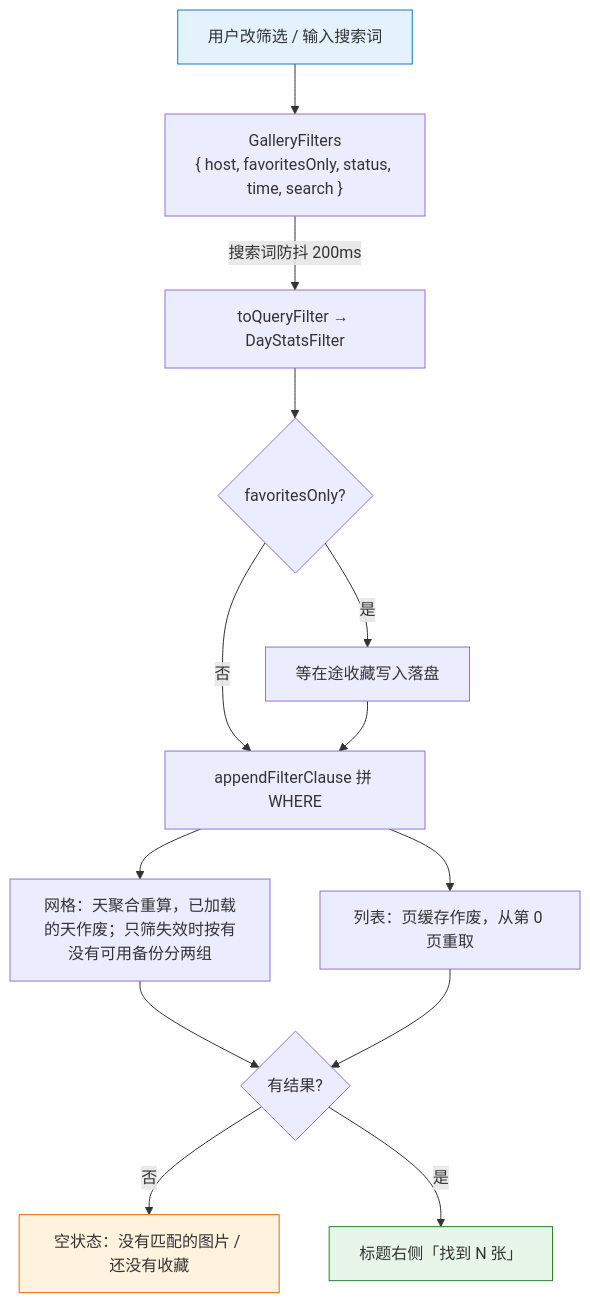
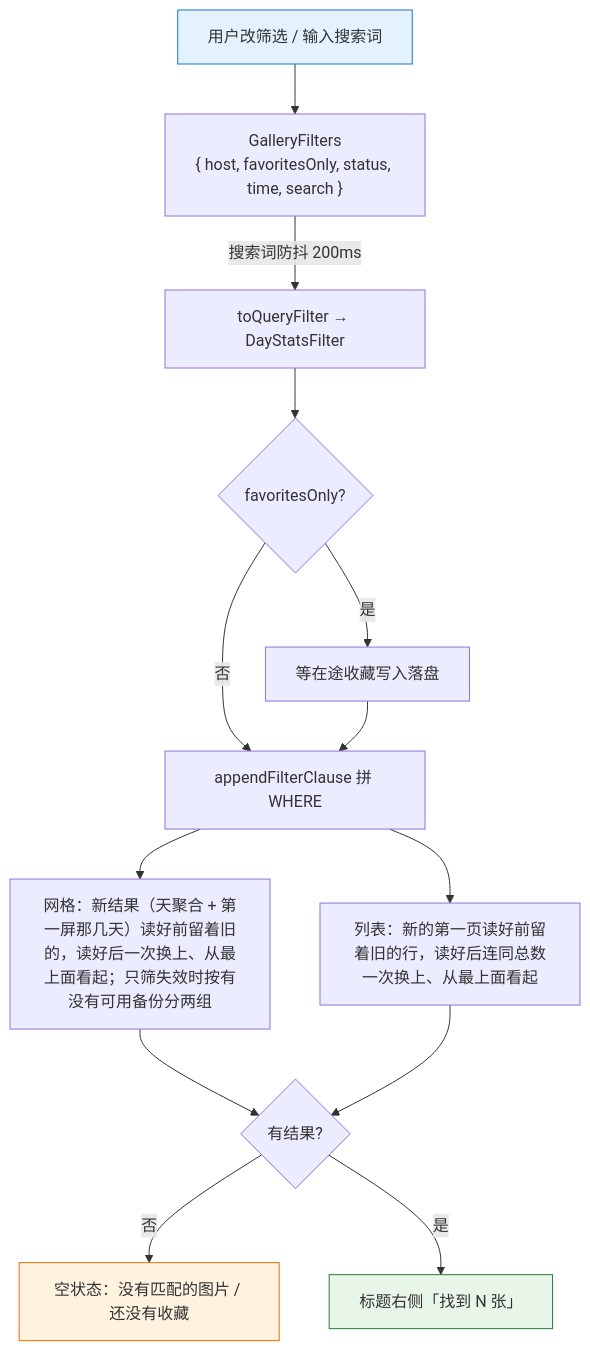
The second of 3 diagrams in docs/flows/history-flow.md (joeyliu6/PicNexus), drawn with Mermaid before and after one commit. The commit also changed other lines of this file and 24 other files, not shown here.

````diff
--- a/docs/flows/history-flow.md
+++ b/docs/flows/history-flow.md
@@ -63,18 +63,18 @@
 ```mermaid
 flowchart TD
     A[用户改筛选 / 输入搜索词] --> B["GalleryFilters\n{ host, favoritesOnly, status, time, search }"]
     B -- 搜索词防抖 200ms --> C["toQueryFilter → DayStatsFilter"]
     C --> D{favoritesOnly?}
     D -- 是 --> D1[等在途收藏写入落盘]
     D -- 否 --> E
     D1 --> E["appendFilterClause 拼 WHERE"]
-    E --> F1[网格：天聚合重算，已加载的天作废；只筛失效时按有没有可用备份分两组]
-    E --> F2[列表：页缓存作废，从第 0 页重取]
+    E --> F1["网格：新结果（天聚合 + 第一屏那几天）读好前留着旧的，读好后一次换上、从最上面看起；只筛失效时按有没有可用备份分两组"]
+    E --> F2["列表：新的第一页读好前留着旧的行，读好后连同总数一次换上、从最上面看起"]
     F1 & F2 --> G{有结果?}
     G -- 否 --> G1["空状态：没有匹配的图片 / 还没有收藏"]
     G -- 是 --> G2["标题右侧「找到 N 张」"]
 
     style A fill:#e3f2fd,stroke:#1976d2
     style G2 fill:#e8f5e9,stroke:#2e7d32
     style G1 fill:#fff3e0,stroke:#ef6c00
 ```
````
